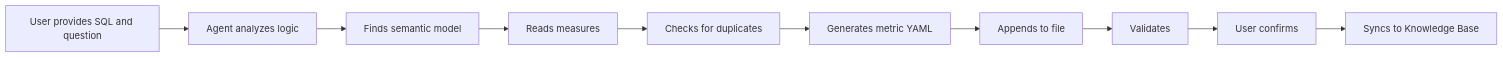
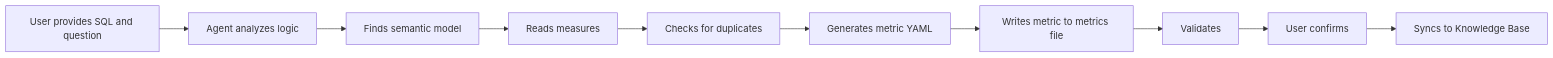
Before and after one commit to Datus-ai/Datus-agent: the third of 8 diagrams in docs/subagent/builtin_subagents.md, drawn with Mermaid. The commit also changed other lines of this file and 5 other files, not shown here.

````diff
--- a/docs/subagent/builtin_subagents.md
+++ b/docs/subagent/builtin_subagents.md
@@ -371,12 +371,12 @@
 ```mermaid
 graph LR
     A[User provides SQL and question] --> B[Agent analyzes logic]
     B --> C[Finds semantic model]
     C --> D[Reads measures]
     D --> E[Checks for duplicates]
     E --> F[Generates metric YAML]
-    F --> G[Appends to file]
+    F --> G[Writes metric to metrics file]
     G --> H[Validates]
     H --> I[User confirms]
     I --> J[Syncs to Knowledge Base]
 ```
````
